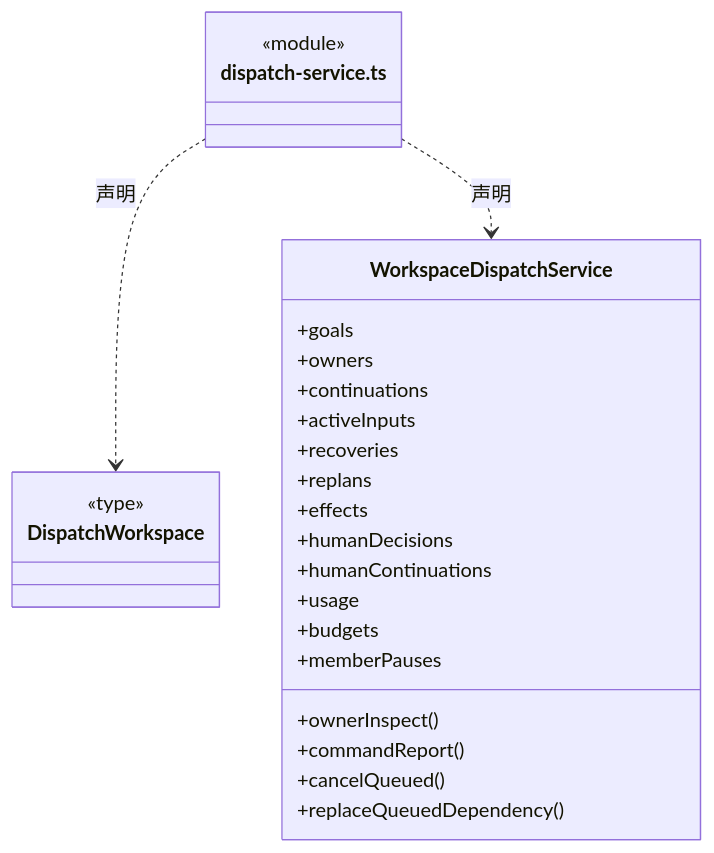
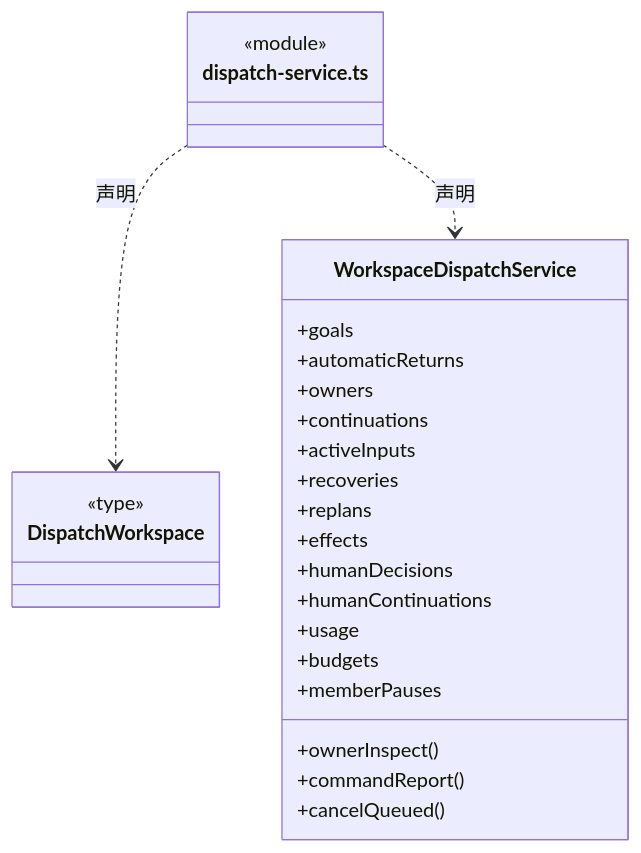
One commit to nan023062/cbim changed the sixth of 14 diagrams in src/backend/scheduler-engine/dispatch/ARCHITECTURE.md. Above: the diagram before and after it, drawn with Mermaid. The commit also changed other lines of this file and 130 other files, not shown here.

````diff
--- a/src/backend/scheduler-engine/dispatch/ARCHITECTURE.md
+++ b/src/backend/scheduler-engine/dispatch/ARCHITECTURE.md
@@ -167,30 +197,30 @@
 ```mermaid
 classDiagram
 class N_src_backend_scheduler_engine_dispatch_dispatch_service_ts["dispatch-service.ts"] {
   <<module>>
 }
 class N_src_backend_scheduler_engine_dispatch_dispatch_service_ts_DispatchWorkspace["DispatchWorkspace"] {
   <<type>>
 
 }
 N_src_backend_scheduler_engine_dispatch_dispatch_service_ts ..> N_src_backend_scheduler_engine_dispatch_dispatch_service_ts_DispatchWorkspace : 声明
 class N_src_backend_scheduler_engine_dispatch_dispatch_service_ts_WorkspaceDispatchService["WorkspaceDispatchService"] {
   +goals
+  +automaticReturns
   +owners
   +continuations
   +activeInputs
   +recoveries
   +replans
   +effects
   +humanDecisions
   +humanContinuations
   +usage
   +budgets
   +memberPauses
   +ownerInspect()
   +commandReport()
   +cancelQueued()
-  +replaceQueuedDependency()
 }
 N_src_backend_scheduler_engine_dispatch_dispatch_service_ts ..> N_src_backend_scheduler_engine_dispatch_dispatch_service_ts_WorkspaceDispatchService : 声明
 ```
````
